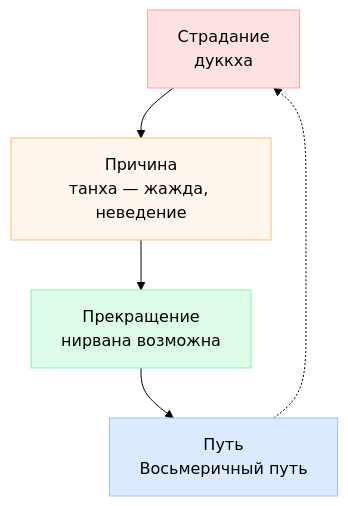
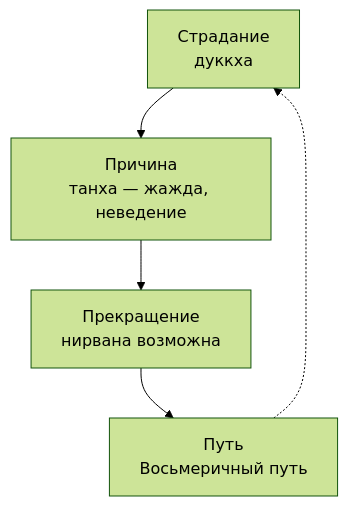
One commit to JayStorm228/College changed the diagram in 01_Дисциплины/07_Основы_Философии/02. Философия Древней Индии.md. Above: the diagram before and after it, drawn with Mermaid (forest theme). The commit also changed 30 other files, not shown here.

First line of the commit message:
переименование NumPy лекций под академические заголовки + стандартные диаграммы

````diff
--- a/01_Дисциплины/07_Основы_Философии/02. Философия Древней Индии.md
+++ b/01_Дисциплины/07_Основы_Философии/02. Философия Древней Индии.md
@@ -113,11 +113,7 @@
 ```mermaid
 flowchart TD
     S[Страдание<br>дуккха] --> P[Причина<br>танха — жажда, неведение]
     P --> C[Прекращение<br>нирвана возможна]
     C --> M[Путь<br>Восьмеричный путь]
     M -.-> S
-    style S fill:#fee2e2,stroke:#fca5a5
-    style P fill:#fff7ed,stroke:#fdba74
-    style C fill:#dcfce7,stroke:#86efac
-    style M fill:#dbeafe,stroke:#93c5fd
 ```
````
